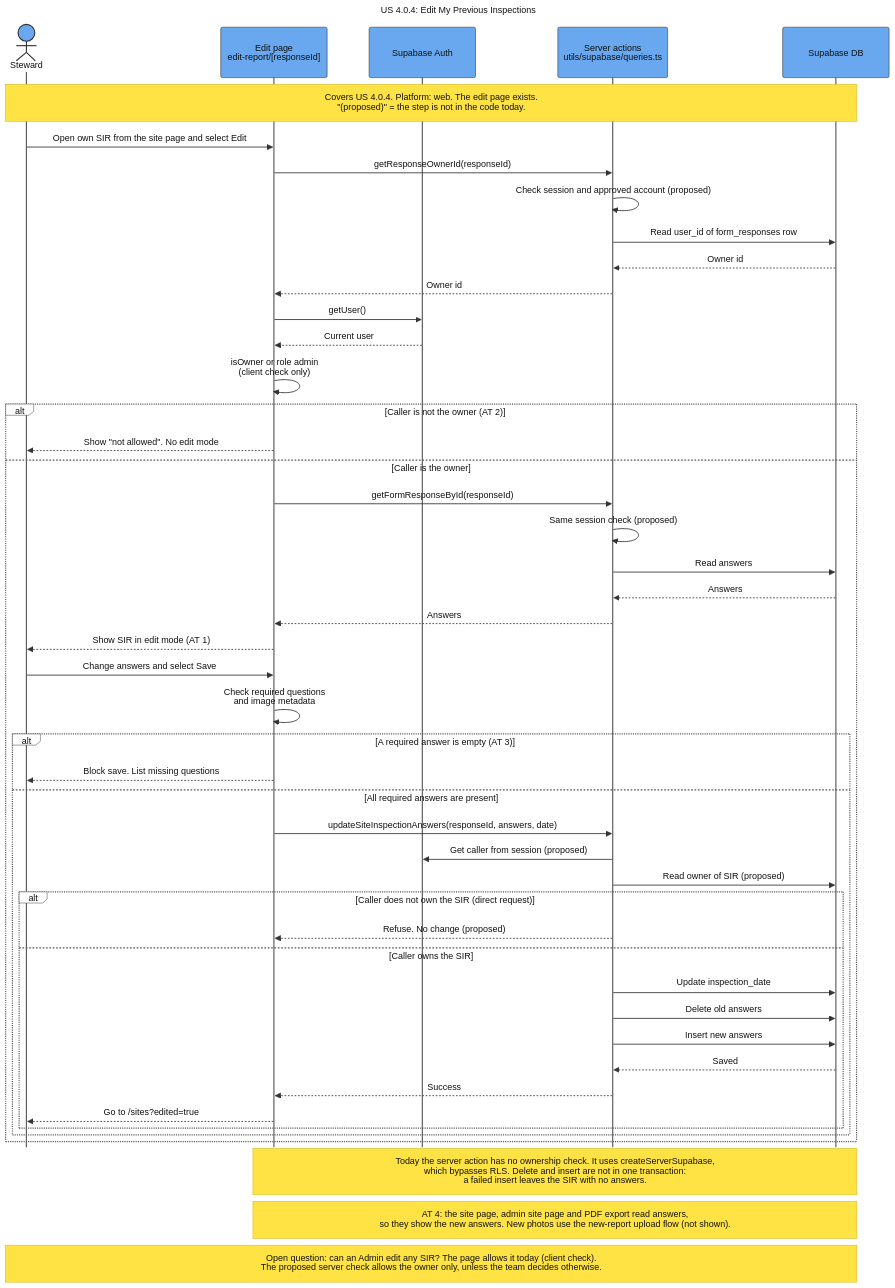
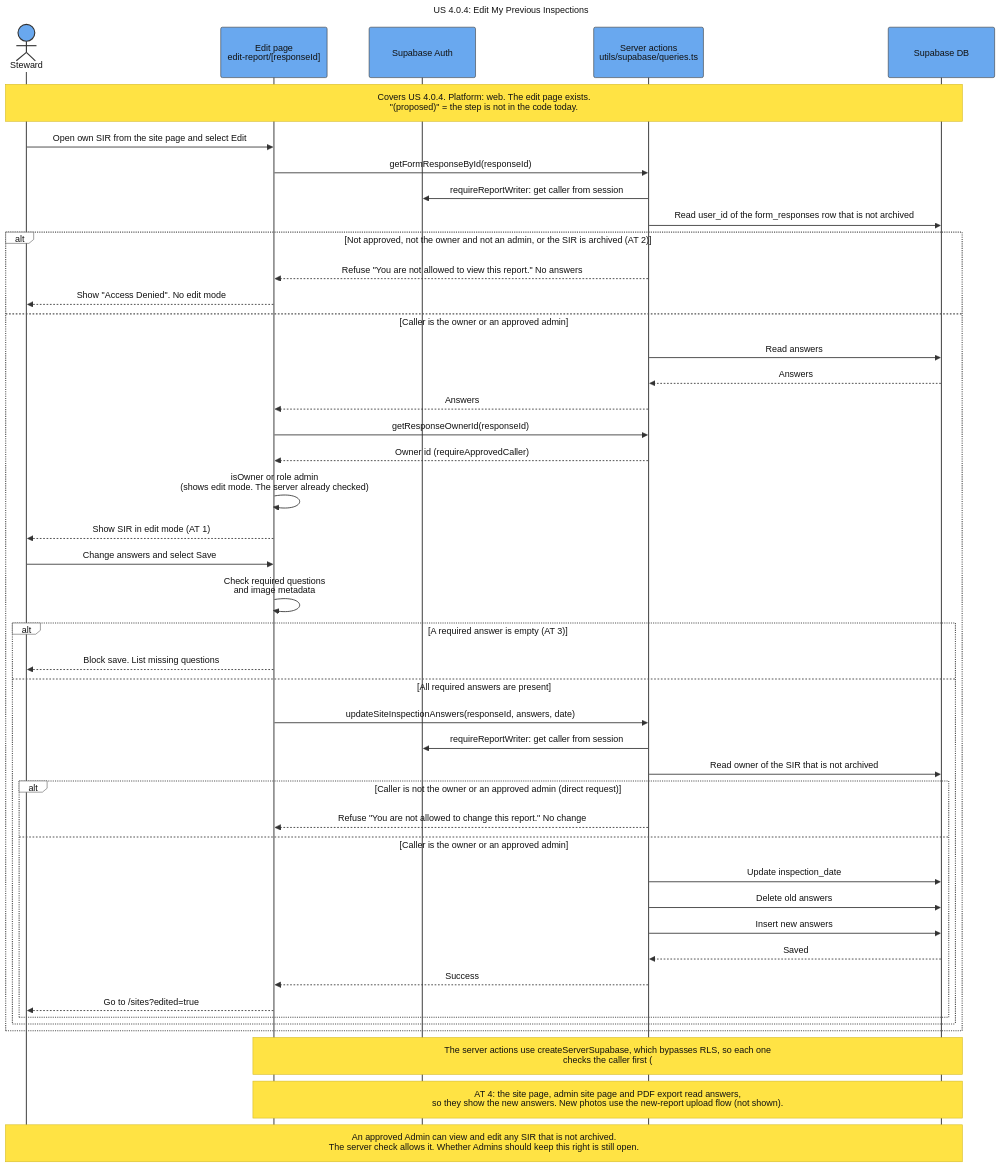
Before and after one commit to SAPAA-Dev/W26Project-SAPAA-Dev-Team: the diagram in docs/assets/Sequence_US_4_0_4_Edit_My_Previous_Inspections.mmd, drawn with Mermaid. The commit also changed 196 other files, not shown here.

```diff
--- a/docs/assets/Sequence_US_4_0_4_Edit_My_Previous_Inspections.mmd
+++ b/docs/assets/Sequence_US_4_0_4_Edit_My_Previous_Inspections.mmd
@@ -1,93 +1,90 @@
 ---
 title: "US 4.0.4: Edit My Previous Inspections"
 config:
   theme: base
   sequence:
     actorMargin: 75
     boxMargin: 12
     diagramMarginX: 45
     diagramMarginY: 30
     messageMargin: 40
     noteMargin: 16
     mirrorActors: false
     width: 190
     height: 90
   themeVariables:
     background: "#ffffff"
     primaryColor: "#69a8ef"
     primaryBorderColor: "#333333"
     primaryTextColor: "#111111"
     actorBkg: "#69a8ef"
     actorBorder: "#333333"
     actorTextColor: "#111111"
     actorLineColor: "#555555"
     signalColor: "#333333"
     signalTextColor: "#111111"
     activationBkgColor: "#cdd3db"
     activationBorderColor: "#cdd3db"
     noteBkgColor: "#ffe344"
     noteBorderColor: "#d4ba24"
     noteTextColor: "#111111"
     labelBoxBkgColor: "#ffffff"
     labelBoxBorderColor: "#555555"
     labelTextColor: "#111111"
     loopTextColor: "#111111"
     altBackground: "#ffffff"
   themeCSS: |
     .actor-line {
       stroke-dasharray: 10 10 !important;
       stroke-width: 1.25px !important;
     }
 ---
 sequenceDiagram
     autonumber off
     actor Steward
     participant Edit as Edit page<br/>edit-report/[responseId]
     participant Auth as Supabase Auth
     participant Server as Server actions<br/>utils/supabase/queries.ts
     participant DB as Supabase DB
 
     Note over Steward,DB: Covers US 4.0.4. Platform: web. The edit page exists.<br/>"(proposed)" = the step is not in the code today.
 
     Steward->>Edit: Open own SIR from the site page and select Edit
-    Edit->>Server: getResponseOwnerId(responseId)
-    Server->>Server: Check session and approved account (proposed)
-    Server->>DB: Read user_id of form_responses row
-    DB-->>Server: Owner id
-    Server-->>Edit: Owner id
-    Edit->>Auth: getUser()
-    Auth-->>Edit: Current user
-    Edit->>Edit: isOwner or role admin<br/>(client check only)
-    alt Caller is not the owner (AT 2)
-        Edit-->>Steward: Show "not allowed". No edit mode
-    else Caller is the owner
-        Edit->>Server: getFormResponseById(responseId)
-        Server->>Server: Same session check (proposed)
+    Edit->>Server: getFormResponseById(responseId)
+    Server->>Auth: requireReportWriter: get caller from session
+    Server->>DB: Read user_id of the form_responses row that is not archived
+    alt Not approved, not the owner and not an admin, or the SIR is archived (AT 2)
+        Server-->>Edit: Refuse "You are not allowed to view this report." No answers
+        Edit-->>Steward: Show "Access Denied". No edit mode
+    else Caller is the owner or an approved admin
         Server->>DB: Read answers
         DB-->>Server: Answers
         Server-->>Edit: Answers
+        Edit->>Server: getResponseOwnerId(responseId)
+        Server-->>Edit: Owner id (requireApprovedCaller)
+        Edit->>Edit: isOwner or role admin<br/>(shows edit mode. The server already checked)
         Edit-->>Steward: Show SIR in edit mode (AT 1)
         Steward->>Edit: Change answers and select Save
         Edit->>Edit: Check required questions<br/>and image metadata
         alt A required answer is empty (AT 3)
             Edit-->>Steward: Block save. List missing questions
         else All required answers are present
             Edit->>Server: updateSiteInspectionAnswers(responseId, answers, date)
-            Server->>Auth: Get caller from session (proposed)
-            Server->>DB: Read owner of SIR (proposed)
-            alt Caller does not own the SIR (direct request)
-                Server-->>Edit: Refuse. No change (proposed)
-            else Caller owns the SIR
+            Server->>Auth: requireReportWriter: get caller from session
+            Server->>DB: Read owner of the SIR that is not archived
+            alt Caller is not the owner or an approved admin (direct request)
+                Server-->>Edit: Refuse "You are not allowed to change this report." No change
+            else Caller is the owner or an approved admin
                 Server->>DB: Update inspection_date
                 Server->>DB: Delete old answers
                 Server->>DB: Insert new answers
                 DB-->>Server: Saved
                 Server-->>Edit: Success
                 Edit-->>Steward: Go to /sites?edited=true
             end
         end
     end
 
-    Note over Edit,DB: Today the server action has no ownership check. It uses createServerSupabase,<br/>which bypasses RLS. Delete and insert are not in one transaction:<br/>a failed insert leaves the SIR with no answers.
+    Note over Edit,DB: The server actions use createServerSupabase, which bypasses RLS, so each one<br/>checks the caller first (#242, #251). Delete and insert are not in one transaction:<br/>a failed insert leaves the SIR with no answers.
     Note over Edit,DB: AT 4: the site page, admin site page and PDF export read answers,<br/>so they show the new answers. New photos use the new-report upload flow (not shown).
-    Note over Steward,DB: Open question: can an Admin edit any SIR? The page allows it today (client check).<br/>The proposed server check allows the owner only, unless the team decides otherwise.
+    Note over Steward,DB: An approved Admin can view and edit any SIR that is not archived.<br/>The server check allows it. Whether Admins should keep this right is still open.
```
